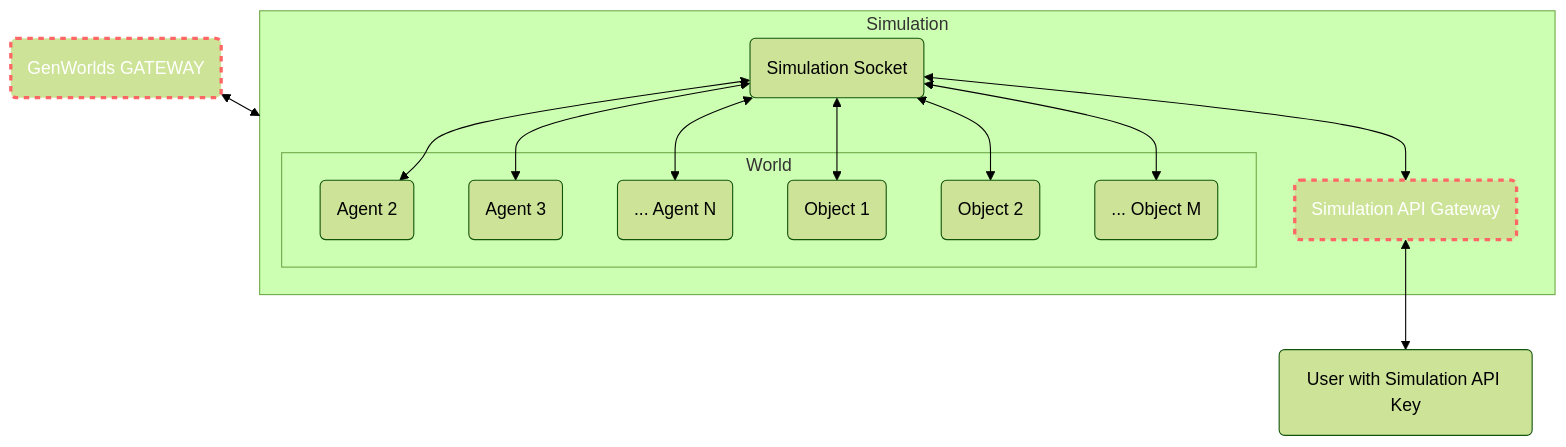
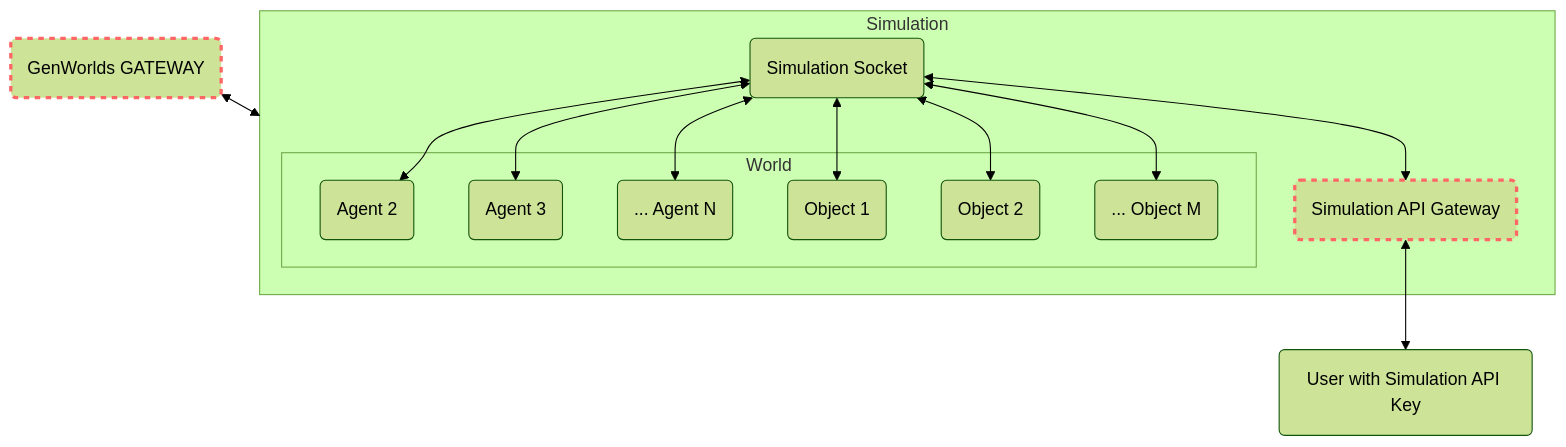
The diagram in docs/docs/platform/genworlds-marketplace.md (yeagerai/genworlds), drawn with Mermaid (forest theme) before and after one commit.

Commit message:
fix font color

````diff
--- a/docs/docs/platform/genworlds-marketplace.md
+++ b/docs/docs/platform/genworlds-marketplace.md
@@ -17,28 +17,28 @@
 ```mermaid
 flowchart TD
     subgraph Simulation
         W1(Simulation Socket)
         W2(Simulation API Gateway)
         subgraph World
             A1(Agent 2)
             A2(Agent 3)
             AN(... Agent N)
             O1(Object 1)
             O2(Object 2)
             ON(... Object M)
         end
     W1<-->A1
     W1<-->W2
     W1<-->A2
     W1<-->AN
     W1<-->O1
     W1<-->O2
     W1<-->ON
     end
     I1(User with Simulation API Key)
     G(GenWorlds GATEWAY)
     W2<-->I1
     G<-->Simulation
-    style W2 stroke:#f66,color:#fff,stroke-dasharray: 5 5,stroke-width:3px
-    style G stroke:#f66,color:#fff,stroke-dasharray: 5 5,stroke-width:3px
+    style W2 stroke:#f66,stroke-dasharray: 5 5,stroke-width:3px
+    style G stroke:#f66,stroke-dasharray: 5 5,stroke-width:3px
 ```
````
